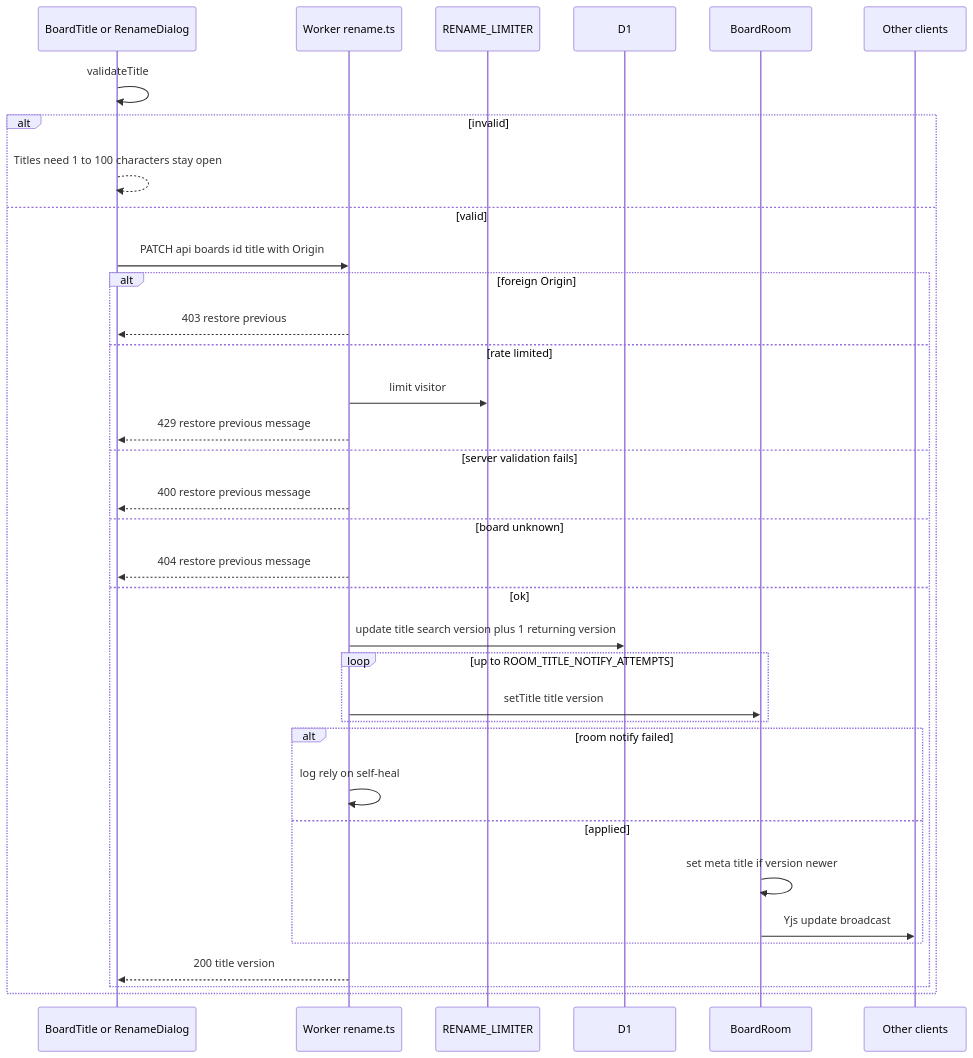
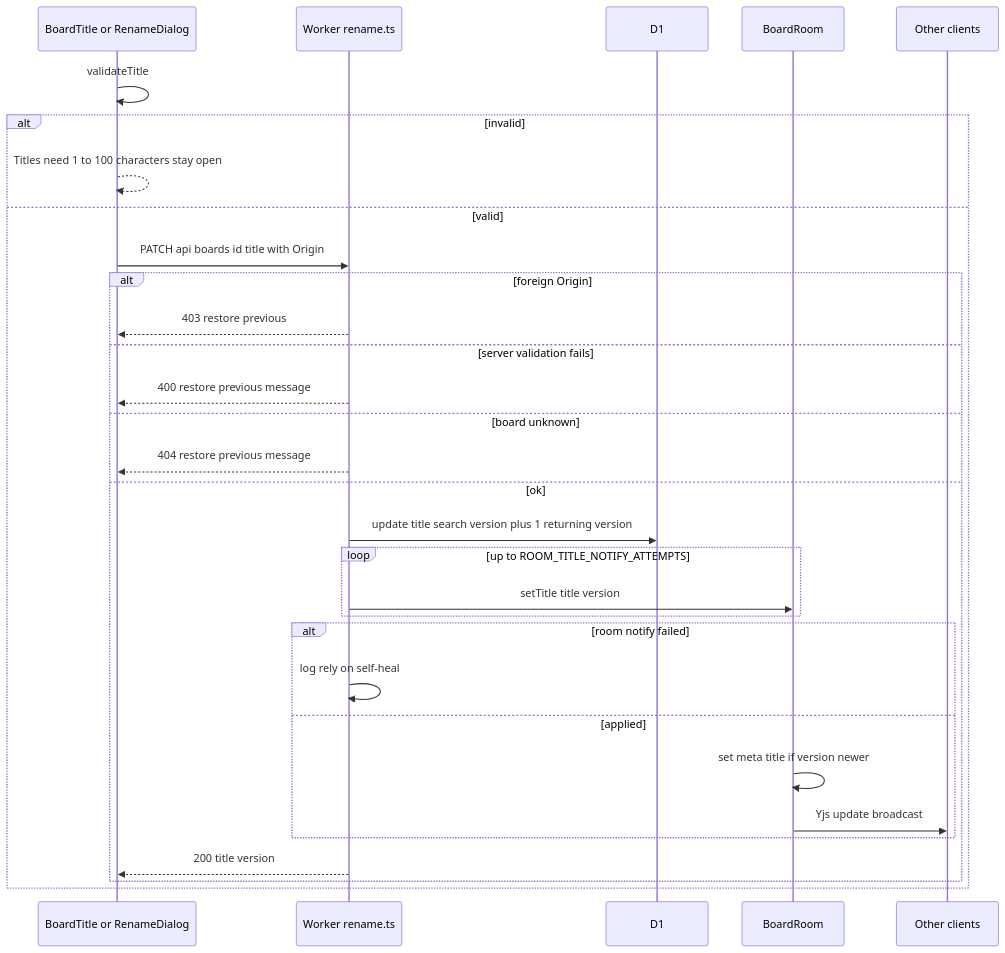
The sixth of 8 diagrams in benchmarks/vidi/spec/stories/015-create-rename-and-find-my-boards-from-a-dashboard/design.md (boxabirds/awesome-local-ai), drawn with Mermaid before and after one commit. The commit also changed other lines of this file and 12 other files, not shown here.

````diff
--- a/benchmarks/vidi/spec/stories/015-create-rename-and-find-my-boards-from-a-dashboard/design.md
+++ b/benchmarks/vidi/spec/stories/015-create-rename-and-find-my-boards-from-a-dashboard/design.md
@@ -174,37 +170,33 @@
 ```mermaid
 sequenceDiagram
     participant C as BoardTitle or RenameDialog
     participant W as Worker rename.ts
-    participant L as RENAME_LIMITER
     participant D as D1
     participant R as BoardRoom
     participant O as Other clients
     C->>C: validateTitle
     alt invalid
         C-->>C: Titles need 1 to 100 characters stay open
     else valid
         C->>W: PATCH api boards id title with Origin
         alt foreign Origin
             W-->>C: 403 restore previous
-        else rate limited
-            W->>L: limit visitor
-            W-->>C: 429 restore previous message
         else server validation fails
             W-->>C: 400 restore previous message
         else board unknown
             W-->>C: 404 restore previous message
         else ok
             W->>D: update title search version plus 1 returning version
             loop up to ROOM_TITLE_NOTIFY_ATTEMPTS
                 W->>R: setTitle title version
             end
             alt room notify failed
                 W->>W: log rely on self-heal
             else applied
                 R->>R: set meta title if version newer
                 R->>O: Yjs update broadcast
             end
             W-->>C: 200 title version
         end
     end
 ```
````
